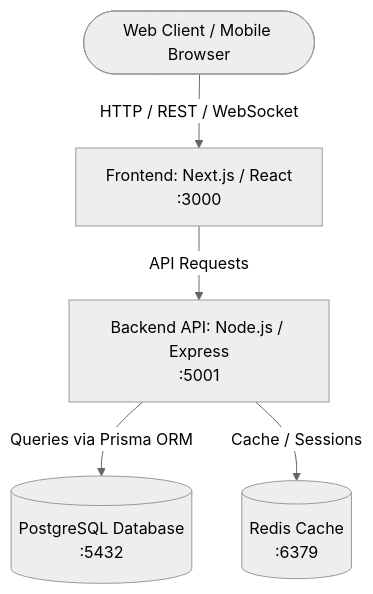
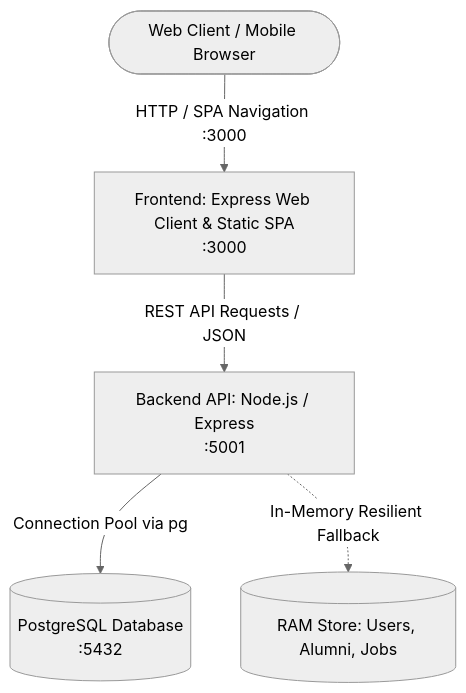
One commit to erenkilic3/Alumni changed the first of 3 diagrams in README.md. Above: the diagram before and after it, drawn with Mermaid (neutral theme). The commit also changed other lines of this file, not shown here.

Commit message:
docs: document MVC architecture and directory structure in README

````diff
--- a/README.md
+++ b/README.md
@@ -44,7 +44,7 @@
 ```mermaid
 graph TD
-    User([Web Client / Mobile Browser]) -->|HTTP / REST / WebSocket| Frontend[Frontend: Next.js / React\n:3000]
-    Frontend -->|API Requests| Backend[Backend API: Node.js / Express\n:5001]
-    Backend -->|Queries via Prisma ORM| DB[(PostgreSQL Database\n:5432)]
-    Backend -->|Cache / Sessions| Redis[(Redis Cache\n:6379)]
+    User([Web Client / Mobile Browser]) -->|HTTP / SPA Navigation :3000| Frontend[Frontend: Express Web Client & Static SPA\n:3000]
+    Frontend -->|REST API Requests / JSON| Backend[Backend API: Node.js / Express\n:5001]
+    Backend -->|Connection Pool via pg| DB[(PostgreSQL Database\n:5432)]
+    Backend -.->|In-Memory Resilient Fallback| RAMStore[(RAM Store: Users, Alumni, Jobs)]
 ```
````
